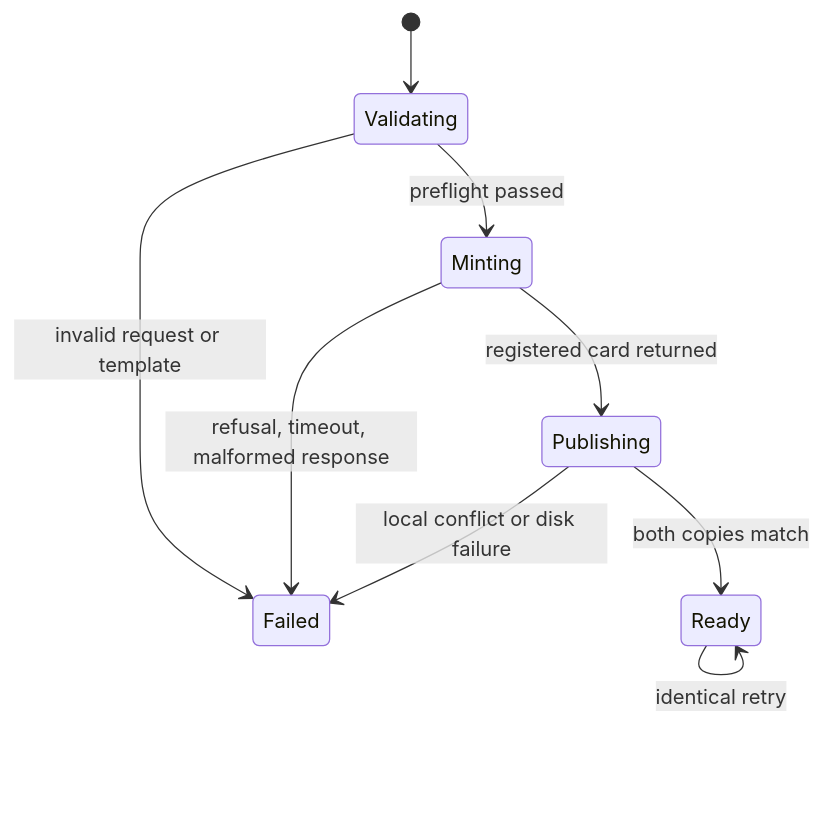
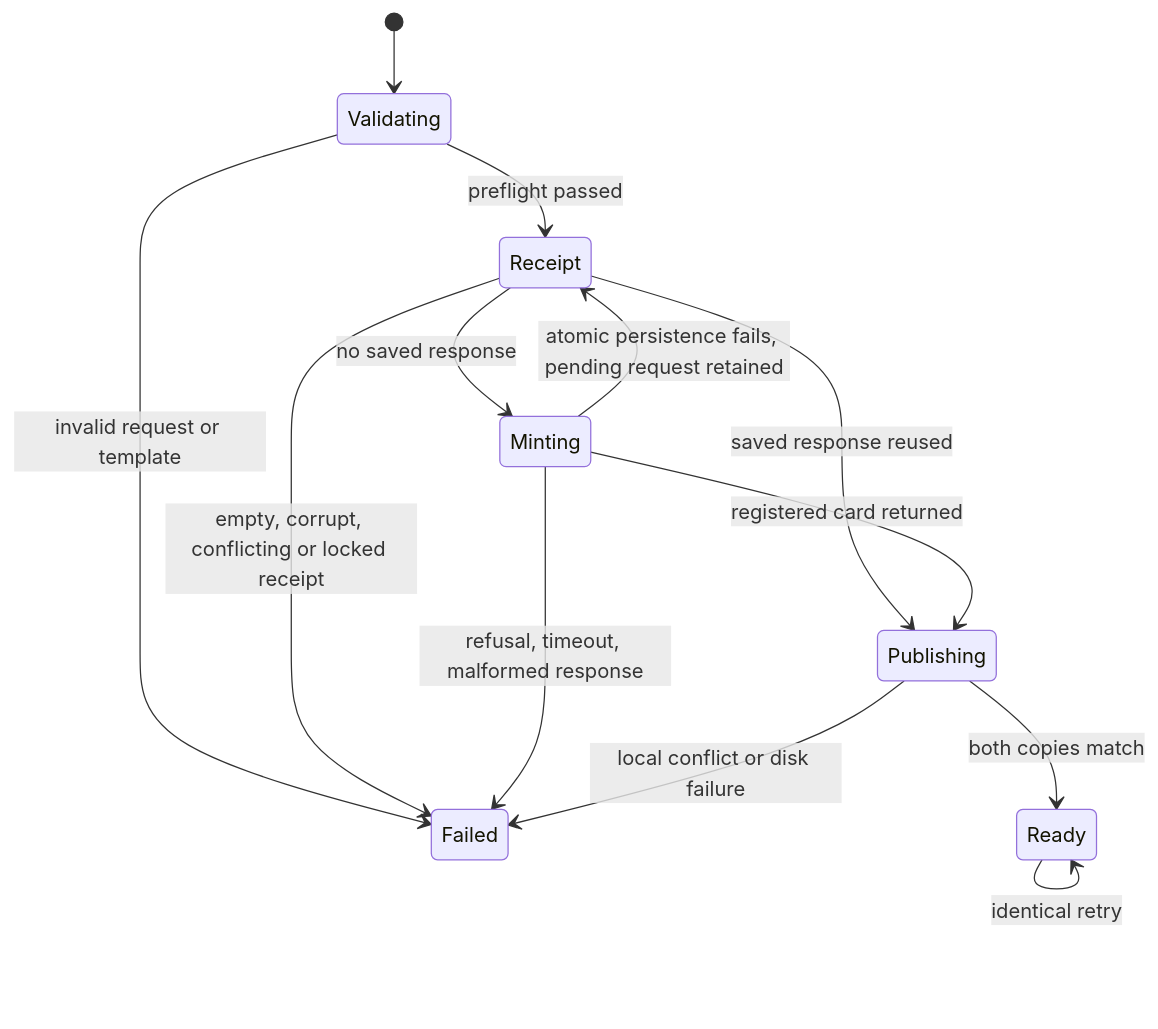
One commit to jbookout/software-factory changed the diagram in docs/design/coordinator-dispatch.md. Above: the diagram before and after it, drawn with Mermaid. The commit also changed other lines of this file and 4 other files, not shown here.

````diff
--- a/docs/design/coordinator-dispatch.md
+++ b/docs/design/coordinator-dispatch.md
@@ -12,11 +12,15 @@
 ```mermaid
 stateDiagram-v2
   [*] --> Validating
   Validating --> Failed: invalid request or template
-  Validating --> Minting: preflight passed
+  Validating --> Receipt: preflight passed
+  Receipt --> Failed: empty, corrupt, conflicting or locked receipt
+  Receipt --> Minting: no saved response
+  Receipt --> Publishing: saved response reused
+  Minting --> Receipt: atomic persistence fails, pending request retained
   Minting --> Failed: refusal, timeout, malformed response
   Minting --> Publishing: registered card returned
   Publishing --> Failed: local conflict or disk failure
   Publishing --> Ready: both copies match
   Ready --> Ready: identical retry
 ```
````
